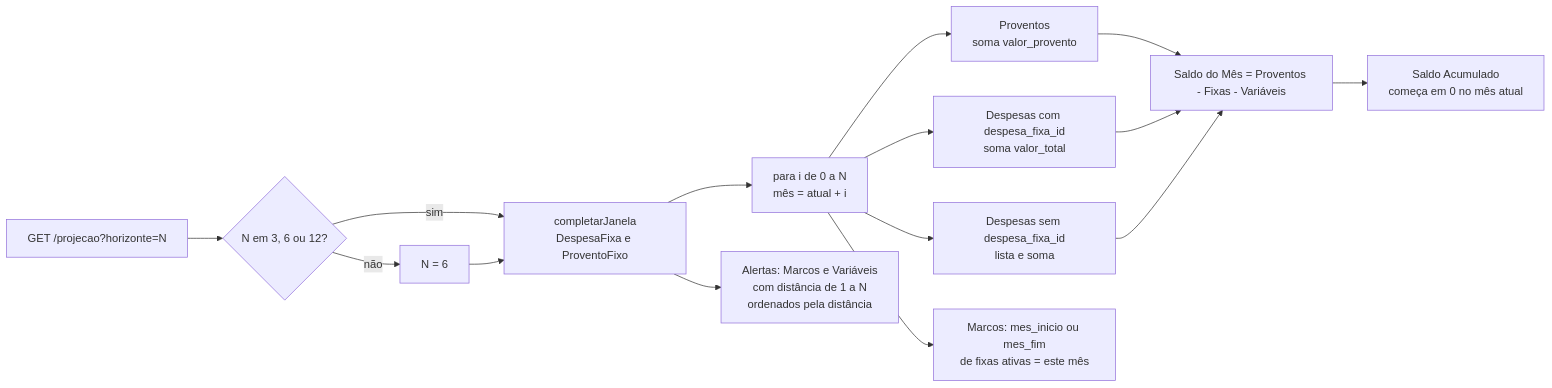
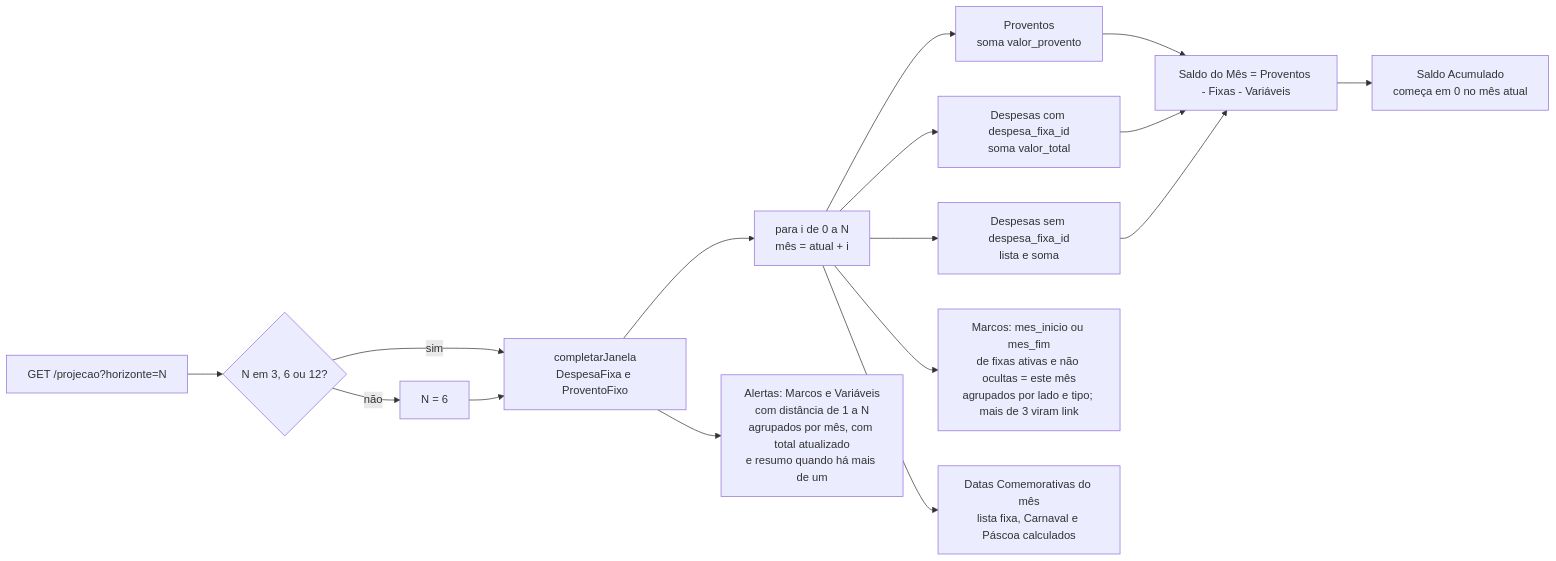
One commit to JefersonConceicao/jefin_finances changed the ninth of 9 diagrams in docs/arquitetura.md. Above: the diagram before and after it, drawn with Mermaid. The commit also changed other lines of this file and 1 other file, not shown here.

Commit message:
docs: guia do usuário e especificação técnica com menu novo, fim dos Tipos, Ocultação, exclusão de fixa, Alertas, Datas Comemorativas e dark mode

````diff
--- a/docs/arquitetura.md
+++ b/docs/arquitetura.md
@@ -299,17 +282,18 @@
 ```mermaid
 flowchart LR
   Q["GET /projecao?horizonte=N"] --> HV{"N em 3, 6 ou 12?"}
   HV -->|não| H6["N = 6"]
   HV -->|sim| CJ
   H6 --> CJ["completarJanela<br/>DespesaFixa e ProventoFixo"]
   CJ --> LOOP["para i de 0 a N<br/>mês = atual + i"]
   LOOP --> PV["Proventos<br/>soma valor_provento"]
   LOOP --> DF["Despesas com despesa_fixa_id<br/>soma valor_total"]
   LOOP --> DV["Despesas sem despesa_fixa_id<br/>lista e soma"]
   PV --> SM["Saldo do Mês = Proventos - Fixas - Variáveis"]
   DF --> SM
   DV --> SM
   SM --> SA["Saldo Acumulado<br/>começa em 0 no mês atual"]
-  LOOP --> MC["Marcos: mes_inicio ou mes_fim<br/>de fixas ativas = este mês"]
-  CJ --> AL["Alertas: Marcos e Variáveis<br/>com distância de 1 a N<br/>ordenados pela distância"]
+  LOOP --> MC["Marcos: mes_inicio ou mes_fim<br/>de fixas ativas e não ocultas = este mês<br/>agrupados por lado e tipo; mais de 3 viram link"]
+  LOOP --> DC["Datas Comemorativas do mês<br/>lista fixa, Carnaval e Páscoa calculados"]
+  CJ --> AL["Alertas: Marcos e Variáveis<br/>com distância de 1 a N<br/>agrupados por mês, com total atualizado<br/>e resumo quando há mais de um"]
 ```
````
